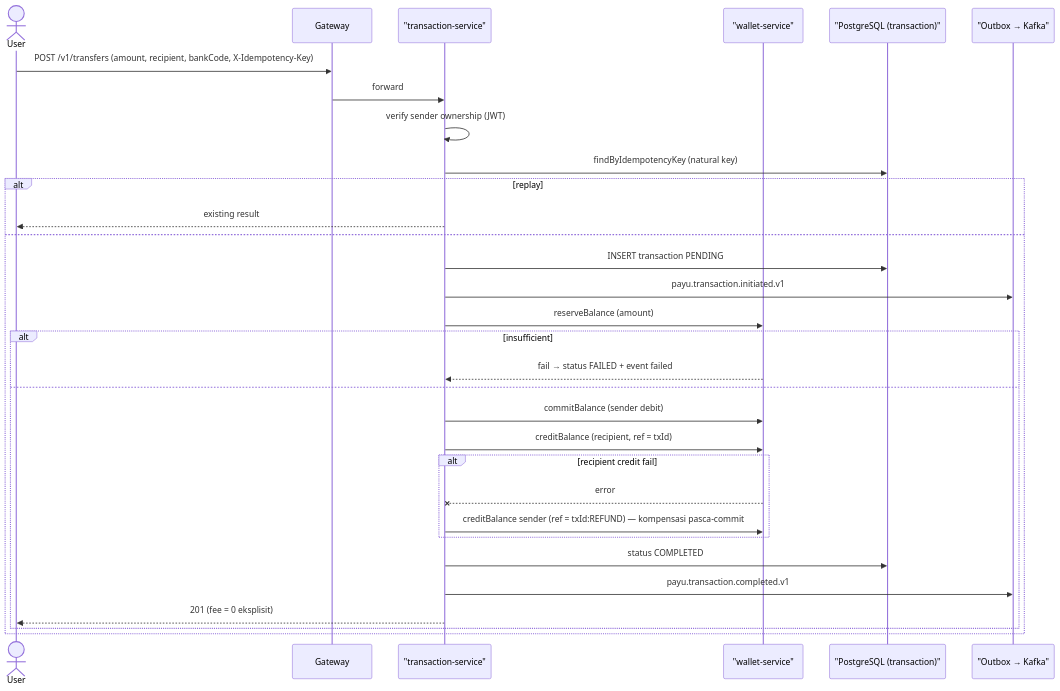
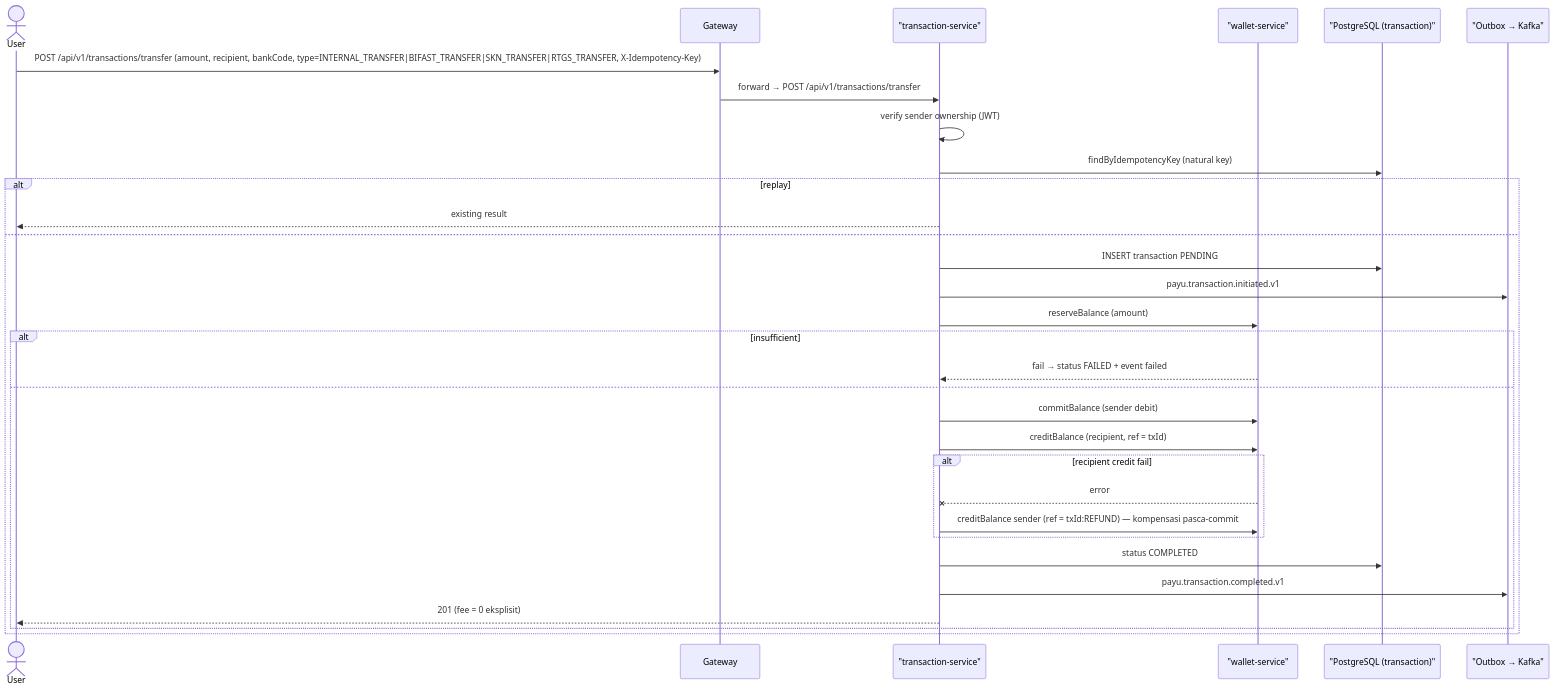
One commit to fajjarnr/payu changed the third of 57 diagrams in docs/product/FLOWS.md. Above: the diagram before and after it, drawn with Mermaid. The commit also changed other lines of this file and 12 other files, not shown here.

````diff
--- a/docs/product/FLOWS.md
+++ b/docs/product/FLOWS.md
@@ -90,34 +90,34 @@
 ```mermaid
 sequenceDiagram
     actor U as User
     participant G as Gateway
     participant TX as "transaction-service"
     participant WL as "wallet-service"
     participant DB as "PostgreSQL (transaction)"
     participant OB as "Outbox → Kafka"
 
-    U->>G: POST /v1/transfers (amount, recipient, bankCode, X-Idempotency-Key)
-    G->>TX: forward
+    U->>G: POST /api/v1/transactions/transfer (amount, recipient, bankCode, type=INTERNAL_TRANSFER|BIFAST_TRANSFER|SKN_TRANSFER|RTGS_TRANSFER, X-Idempotency-Key)
+    G->>TX: forward → POST /api/v1/transactions/transfer
     TX->>TX: verify sender ownership (JWT)
     TX->>DB: findByIdempotencyKey (natural key)
     alt replay
         TX-->>U: existing result
     else
         TX->>DB: INSERT transaction PENDING
         TX->>OB: payu.transaction.initiated.v1
         TX->>WL: reserveBalance (amount)
         alt insufficient
             WL-->>TX: fail → status FAILED + event failed
         else
             TX->>WL: commitBalance (sender debit)
             TX->>WL: creditBalance (recipient, ref = txId)
             alt recipient credit fail
                 WL--xTX: error
                 TX->>WL: creditBalance sender (ref = txId:REFUND) — kompensasi pasca-commit
             end
             TX->>DB: status COMPLETED
             TX->>OB: payu.transaction.completed.v1
             TX-->>U: 201 (fee = 0 eksplisit)
         end
     end
 ```
````
